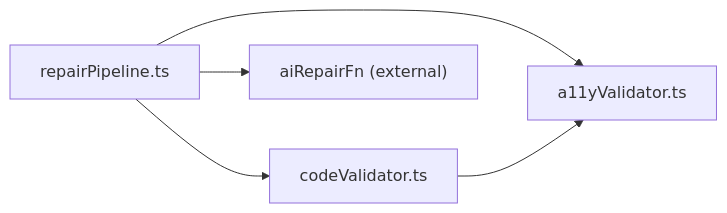
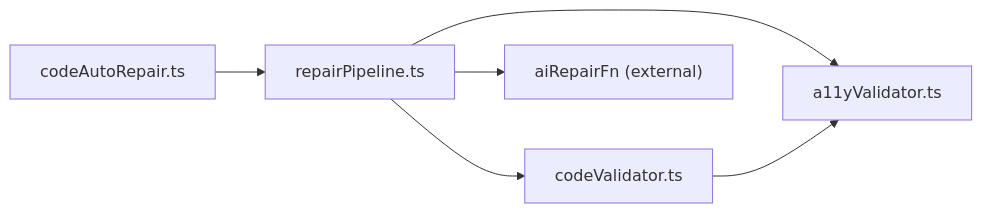
Before and after one commit to shekhargiri005-dotcom/AI-powered-accessibility-first-UI-engine: the fifth of 5 diagrams in .qoder/repowiki/en/content/Validation & Quality Assurance/Auto-Repair System.md, drawn with Mermaid. The commit also changed other lines of this file and 6 other files, not shown here.

````diff
--- a/.qoder/repowiki/en/content/Validation & Quality Assurance/Auto-Repair System.md
+++ b/.qoder/repowiki/en/content/Validation & Quality Assurance/Auto-Repair System.md
@@ -234,7 +298,8 @@
 ```mermaid
 graph LR
-RP["repairPipeline.ts"] --> CV["codeValidator.ts"]
+CAR["codeAutoRepair.ts"] --> RP["repairPipeline.ts"]
+RP --> CV["codeValidator.ts"]
 RP --> AV["a11yValidator.ts"]
 RP --> AI["aiRepairFn (external)"]
 CV --> AV
 ```
````
